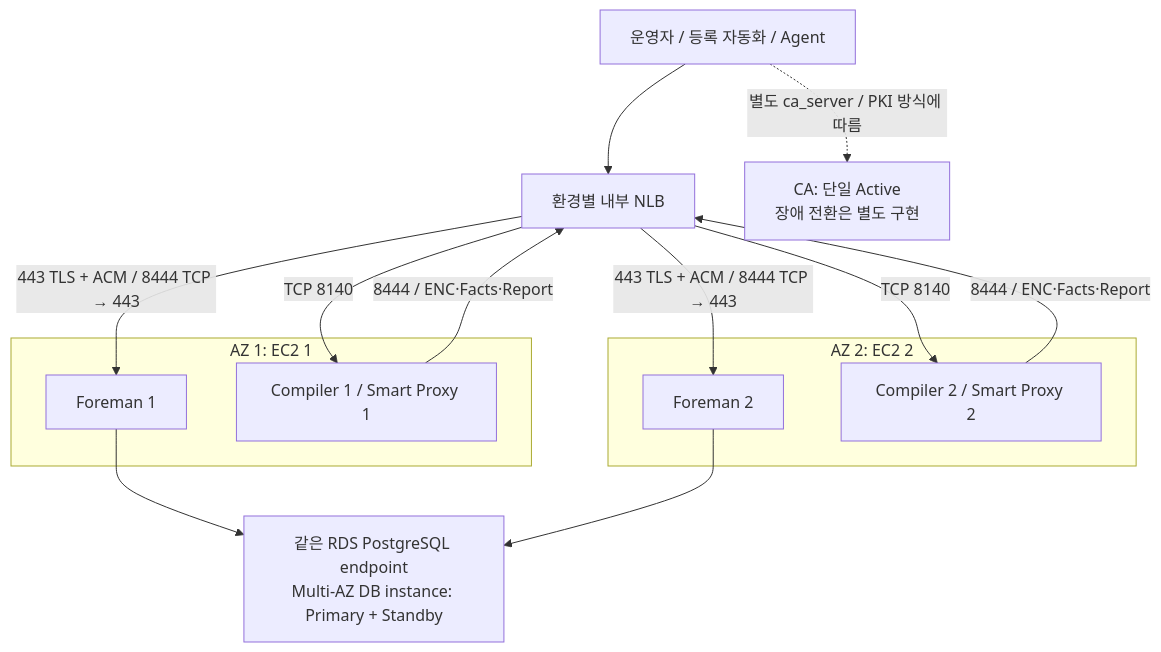
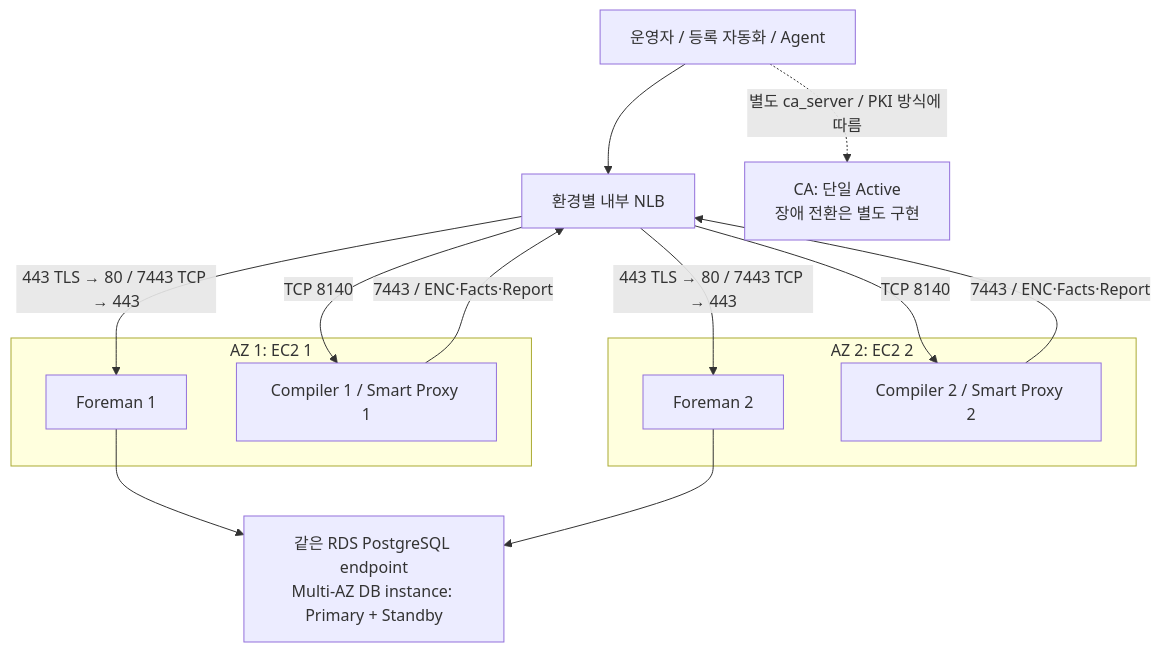
The diagram in foreman-puppet/docs/SERVER_TOPOLOGY.md (heyoon2j/y2-devops-lab), drawn with Mermaid before and after one commit. The commit also changed other lines of this file and 17 other files, not shown here.

Commit message:
docs: define NLB TLS offload and TCP passthrough target groups

````diff
--- a/foreman-puppet/docs/SERVER_TOPOLOGY.md
+++ b/foreman-puppet/docs/SERVER_TOPOLOGY.md
@@ -35,23 +35,23 @@
 ```mermaid
 flowchart TB
     A["운영자 / 등록 자동화 / Agent"] --> L["환경별 내부 NLB"]
     subgraph AZ1["AZ 1: EC2 1"]
       F1["Foreman 1"]
       P1["Compiler 1 / Smart Proxy 1"]
     end
     subgraph AZ2["AZ 2: EC2 2"]
       F2["Foreman 2"]
       P2["Compiler 2 / Smart Proxy 2"]
     end
-    L -->|"443 TLS + ACM / 8444 TCP → 443"| F1
-    L -->|"443 TLS + ACM / 8444 TCP → 443"| F2
+    L -->|"443 TLS → 80 / 7443 TCP → 443"| F1
+    L -->|"443 TLS → 80 / 7443 TCP → 443"| F2
     L -->|"TCP 8140"| P1
     L -->|"TCP 8140"| P2
     F1 --> D["같은 RDS PostgreSQL endpoint
 Multi-AZ DB instance: Primary + Standby"]
     F2 --> D
-    P1 -->|"8444 / ENC·Facts·Report"| L
-    P2 -->|"8444 / ENC·Facts·Report"| L
+    P1 -->|"7443 / ENC·Facts·Report"| L
+    P2 -->|"7443 / ENC·Facts·Report"| L
     A -.->|"별도 ca_server / PKI 방식에 따름"| C["CA: 단일 Active
 장애 전환은 별도 구현"]
 ```
````
